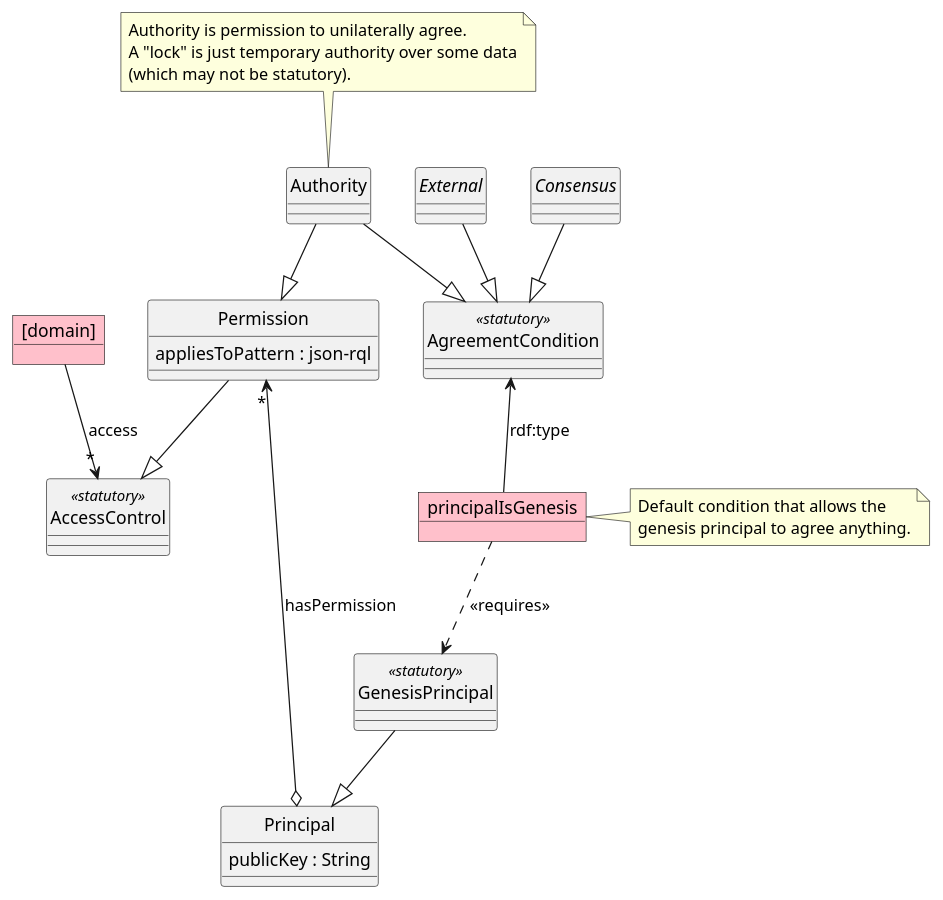
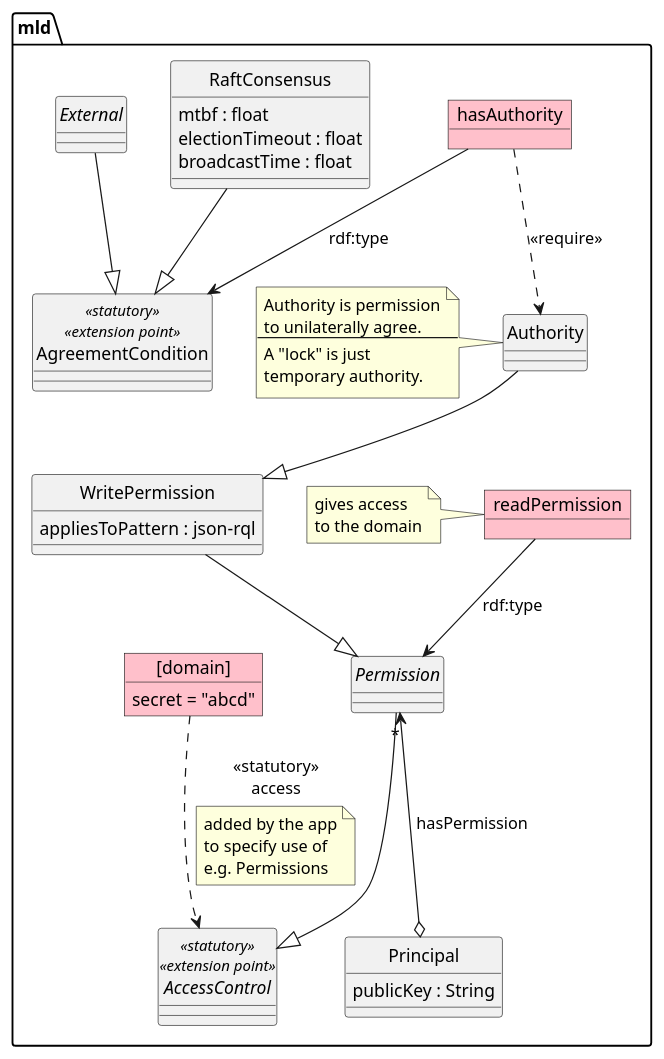
One commit to m-ld/m-ld-security-spec changed the diagram in design/agreement.class.puml. Above: the diagram before and after it, drawn with PlantUML. The commit also changed 24 other files, not shown here.

```diff
--- a/design/agreement.class.puml
+++ b/design/agreement.class.puml
@@ -1,53 +1,69 @@
 @startuml
 'https://plantuml.com/object-diagram
 hide circle
 
 skinparam object {
   BackgroundColor Pink
 }
 
-object principalIsGenesis
-note right
-  Default condition that allows the
-  genesis principal to agree anything.
-end note
+package mld {
 
-class AgreementCondition <<statutory>>
-AgreementCondition <-- principalIsGenesis : rdf:type
+class AgreementCondition <<statutory>> <<extension point>>
 
 class Principal {
   publicKey : String
 }
 
-class GenesisPrincipal <<statutory>>
-GenesisPrincipal --|> Principal
-
-principalIsGenesis ..> GenesisPrincipal : <<requires>>
-
 class Authority
-note top
-Authority is permission to unilaterally agree.
-A "lock" is just temporary authority over some data
-(which may not be statutory).
+note left
+Authority is permission
+to unilaterally agree.
+---
+A "lock" is just
+temporary authority.
 end note
-Authority --|> AgreementCondition
+object hasAuthority
+hasAuthority --> AgreementCondition : rdf:type
+hasAuthority ..> Authority : <<require>>
 Permission "*" <--o Principal : hasPermission
 
-class Permission {
+abstract class Permission
+Permission --|> AccessControl
+
+class WritePermission {
   appliesToPattern : json-rql
 }
-Authority --|> Permission
-Permission --|> AccessControl
+Authority --|> WritePermission
+WritePermission --|> Permission
 
-abstract class Consensus
-Consensus --|> AgreementCondition
+object readPermission
+note left
+gives access
+to the domain
+end note
+readPermission --> Permission : rdf:type
+
+class RaftConsensus {
+  mtbf : float
+  electionTimeout : float
+  broadcastTime : float
+}
+RaftConsensus --|> AgreementCondition
 
 abstract class External
 External --|> AgreementCondition
 
-object "[domain]" as domain
+object "[domain]" as domain {
+  secret = "abcd"
+}
 
-class AccessControl <<statutory>>
-domain --> "*" AccessControl : access
+abstract class AccessControl <<statutory>> <<extension point>>
+domain ..> AccessControl : <<statutory>>\naccess
+note on link
+added by the app
+to specify use of
+e.g. Permissions
+end note
 
+}
 @enduml
```
